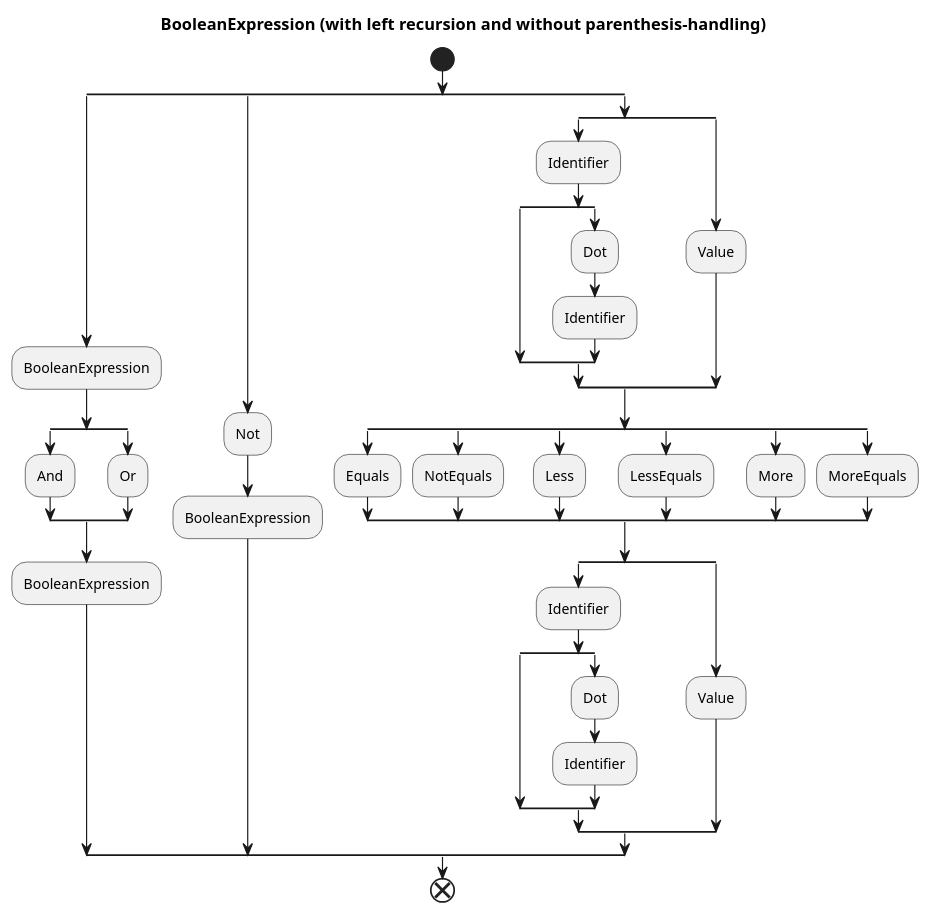
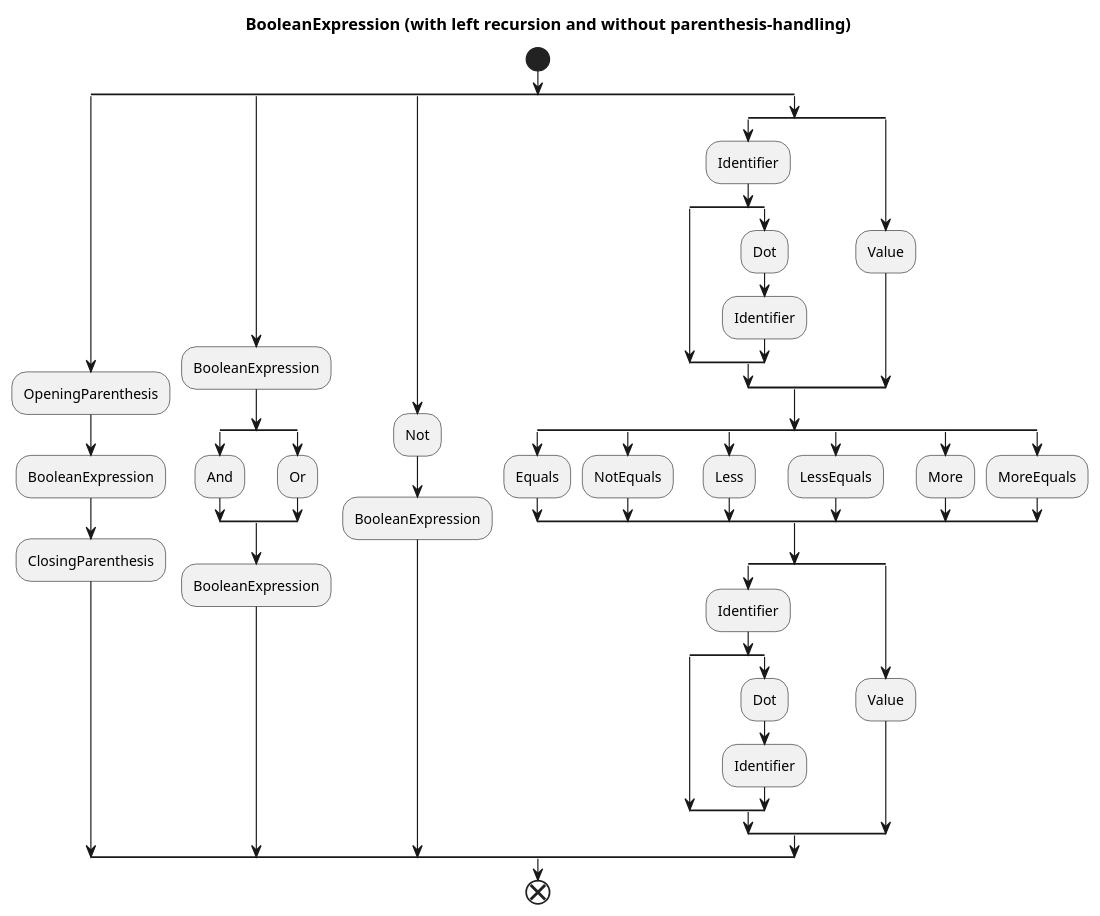
Before and after one commit to lichterberci/rust_learning: the second of 4 diagrams in dbms/query_lang_compiler_notes.md, drawn with PlantUML.

Commit message:
updated graphs

````diff
--- a/dbms/query_lang_compiler_notes.md
+++ b/dbms/query_lang_compiler_notes.md
@@ -80,53 +80,57 @@
 ```plantuml
 @startuml boolean expression
 title BooleanExpression (with left recursion and without parenthesis-handling)
 start
 split
+:OpeningParenthesis;
+:BooleanExpression;
+:ClosingParenthesis;
+split again
 :BooleanExpression;
 split
 :And;
 split again
 :Or;
 end split
 :BooleanExpression;
 split again
 :Not;
 :BooleanExpression;
 split again
 split
 :Identifier;
 split
 split again
 :Dot;
 :Identifier;
 end split
 split again 
 :Value;
 end split
 split
 :Equals;
 split again
 :NotEquals;
 split again
 :Less;
 split again
 :LessEquals;
 split again
 :More;
 split again
 :MoreEquals;
 end split
 split
 :Identifier;
 split
 split again
 :Dot;
 :Identifier;
 end split
 split again 
 :Value;
 end split
 end split
 end
 @enduml
 ```
````
